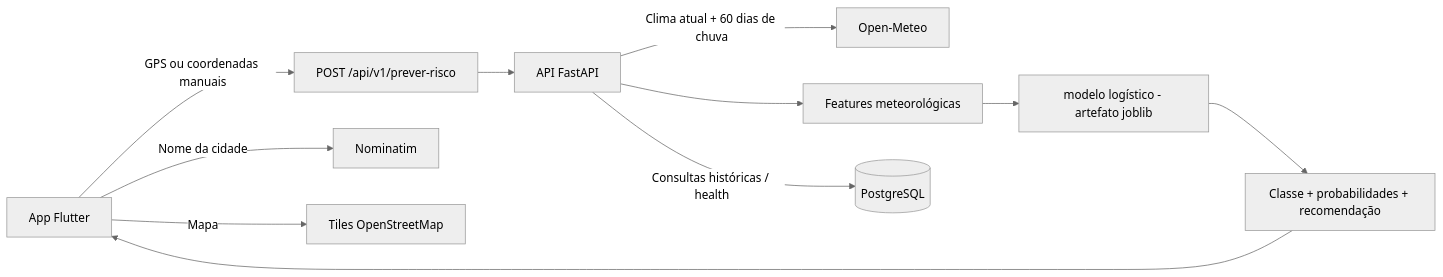
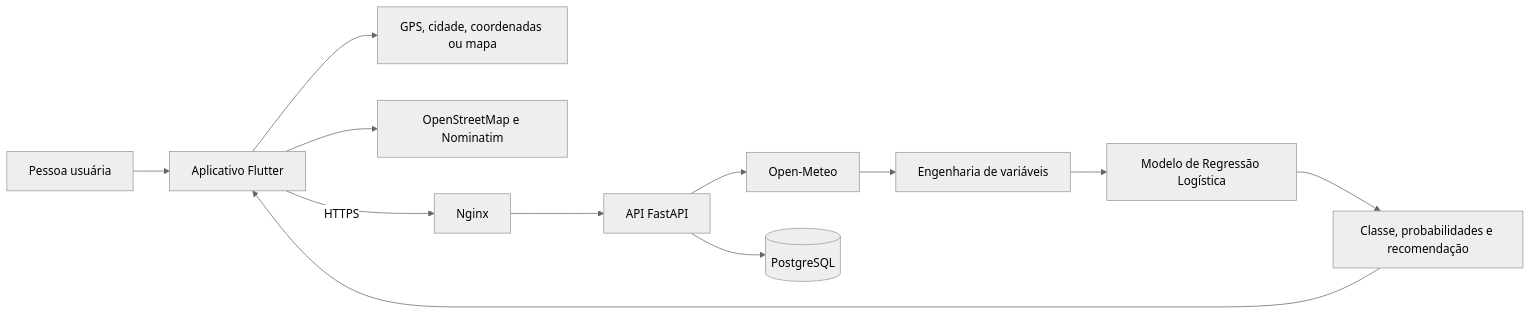
Before and after one commit to FatecFranca/DSM-P5-G03-2026-02: the diagram in README.md, drawn with Mermaid (neutral theme). The commit also changed other lines of this file, not shown here.

````diff
--- a/README.md
+++ b/README.md
@@ -62,13 +54,14 @@
 ```mermaid
 flowchart LR
-    A[App Flutter] -->|GPS ou coordenadas manuais| B[POST /api/v1/prever-risco]
-    B --> C[API FastAPI]
-    C -->|Clima atual + 60 dias de chuva| D[Open-Meteo]
-    C --> E[Features meteorológicas]
-    E --> F[modelo logístico - artefato joblib]
-    F --> G[Classe + probabilidades + recomendação]
-    G --> A
-    C -->|Consultas históricas / health| H[(PostgreSQL)]
-    A -->|Nome da cidade| I[Nominatim]
-    A -->|Mapa| J[Tiles OpenStreetMap]
+    U["Pessoa usuária"] --> A["Aplicativo Flutter"]
+    A --> L["GPS, cidade, coordenadas ou mapa"]
+    A --> M["OpenStreetMap e Nominatim"]
+    A -->|HTTPS| N["Nginx"]
+    N --> API["API FastAPI"]
+    API --> W["Open-Meteo"]
+    W --> F["Engenharia de variáveis"]
+    F --> ML["Modelo de Regressão Logística"]
+    ML --> R["Classe, probabilidades e recomendação"]
+    R --> A
+    API --> PG[("PostgreSQL")]
 ```
````
